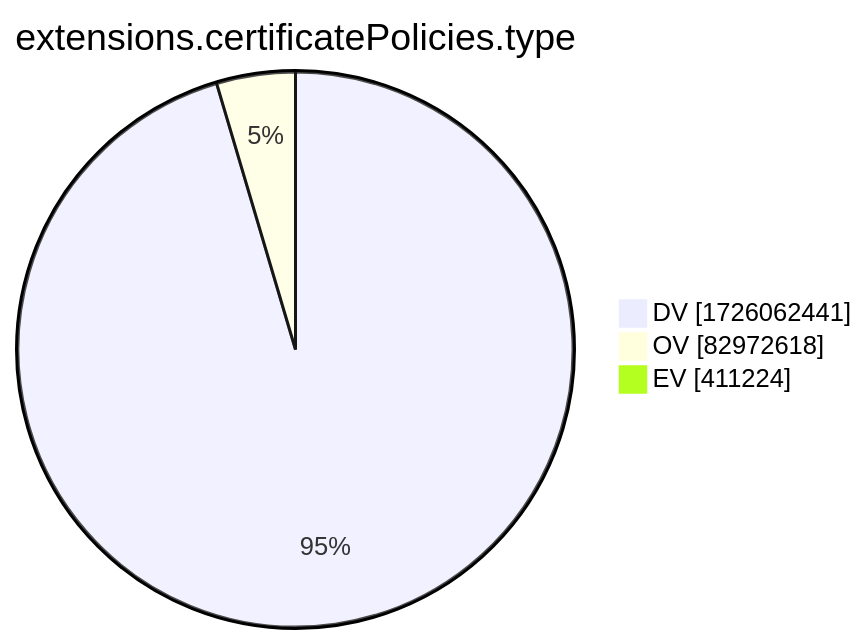
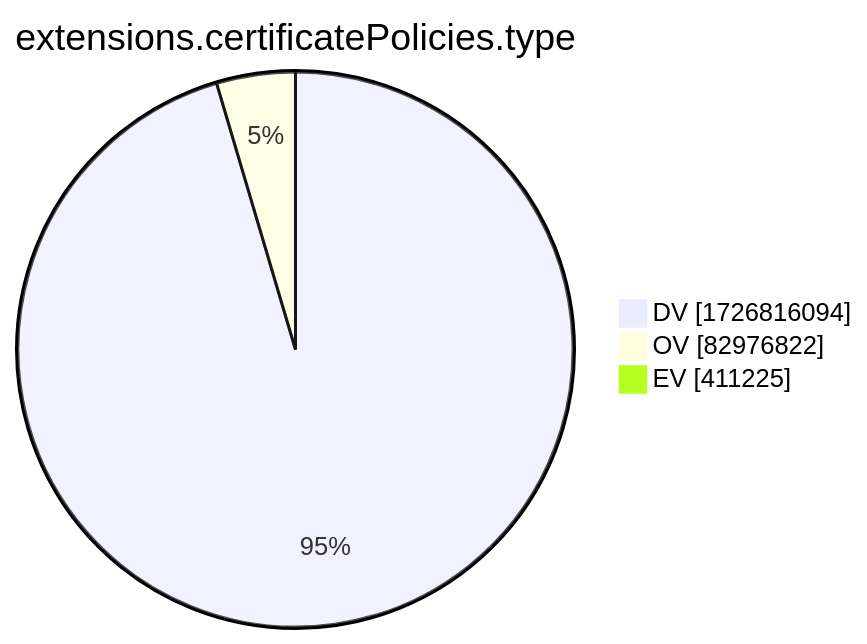
The tenth of 15 diagrams in xenon2022/README.md (christiankrug/ctmonitor_visualization), drawn with Mermaid before and after one commit. The commit also changed other lines of this file, not shown here.

````diff
--- a/xenon2022/README.md
+++ b/xenon2022/README.md
@@ -2881,7 +2881,7 @@
 ```mermaid
 pie showData
 title extensions.certificatePolicies.type
-"DV" :1726062441
-"OV" :82972618
-"EV" :411224
+"DV" :1726816094
+"OV" :82976822
+"EV" :411225
 ```
````
